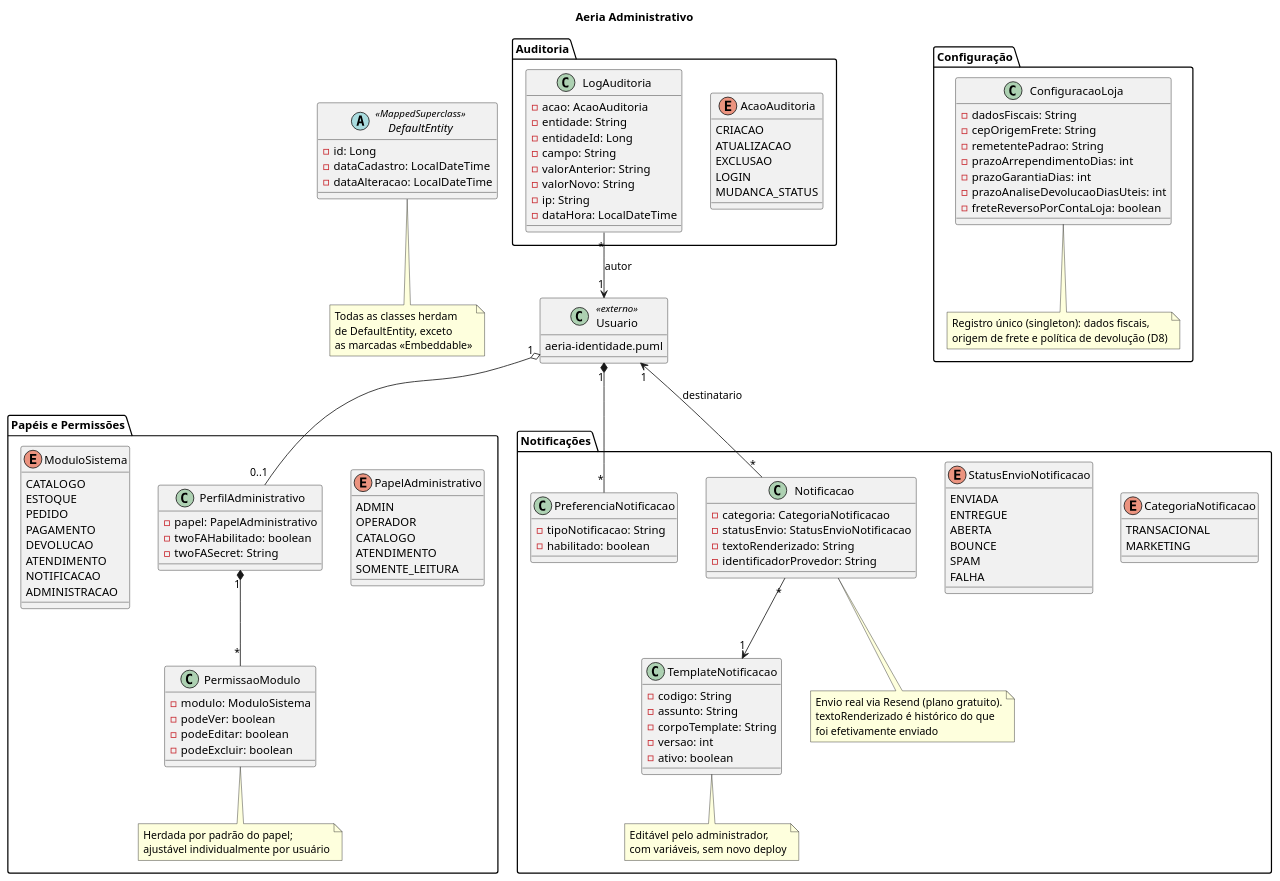
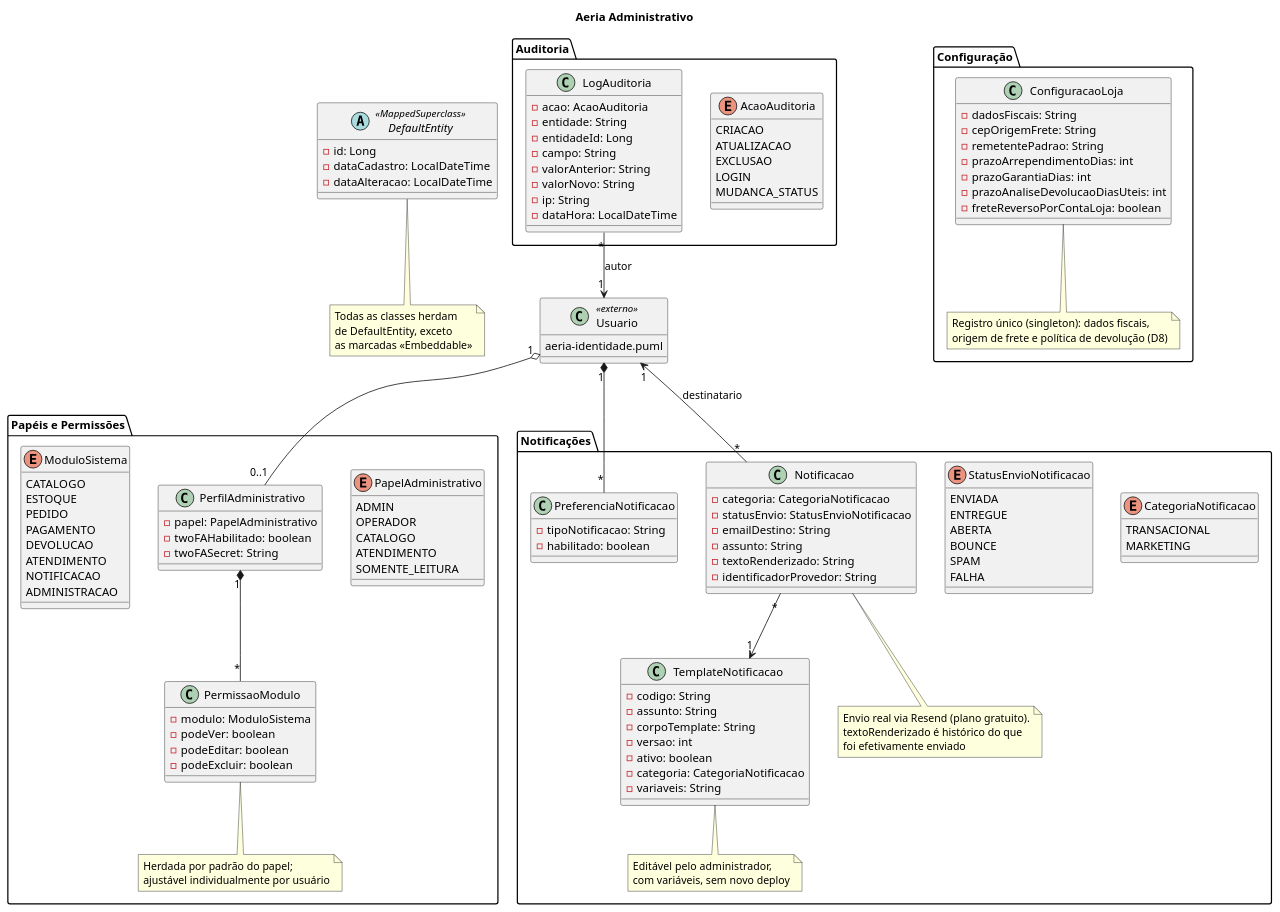
The diagram in docs/diagramas/aeria-administrativo.puml (DaviRSuassuna/Droneshop), drawn with PlantUML before and after one commit. The commit also changed 34 other files, not shown here.

```diff
--- a/docs/diagramas/aeria-administrativo.puml
+++ b/docs/diagramas/aeria-administrativo.puml
@@ -1,150 +1,154 @@
 @startuml aeria-administrativo
 
 title Aeria Administrativo
 
 abstract class DefaultEntity <<MappedSuperclass>> {
   -id: Long
   -dataCadastro: LocalDateTime
   -dataAlteracao: LocalDateTime
 }
 
 note bottom of DefaultEntity
   Todas as classes herdam
   de DefaultEntity, exceto
   as marcadas <<Embeddable>>
 end note
 
 class Usuario <<externo>> {
   aeria-identidade.puml
 }
 
 package "Papéis e Permissões" {
   enum PapelAdministrativo {
     ADMIN
     OPERADOR
     CATALOGO
     ATENDIMENTO
     SOMENTE_LEITURA
   }
 
   class PerfilAdministrativo {
     -papel: PapelAdministrativo
     -twoFAHabilitado: boolean
     -twoFASecret: String
   }
 
   enum ModuloSistema {
     CATALOGO
     ESTOQUE
     PEDIDO
     PAGAMENTO
     DEVOLUCAO
     ATENDIMENTO
     NOTIFICACAO
     ADMINISTRACAO
   }
 
   class PermissaoModulo {
     -modulo: ModuloSistema
     -podeVer: boolean
     -podeEditar: boolean
     -podeExcluir: boolean
   }
   note bottom of PermissaoModulo
     Herdada por padrão do papel;
     ajustável individualmente por usuário
   end note
 }
 
 package "Auditoria" {
   enum AcaoAuditoria {
     CRIACAO
     ATUALIZACAO
     EXCLUSAO
     LOGIN
     MUDANCA_STATUS
   }
 
   class LogAuditoria {
     -acao: AcaoAuditoria
     -entidade: String
     -entidadeId: Long
     -campo: String
     -valorAnterior: String
     -valorNovo: String
     -ip: String
     -dataHora: LocalDateTime
   }
 }
 
 package "Configuração" {
   class ConfiguracaoLoja {
     -dadosFiscais: String
     -cepOrigemFrete: String
     -remetentePadrao: String
     -prazoArrependimentoDias: int
     -prazoGarantiaDias: int
     -prazoAnaliseDevolucaoDiasUteis: int
     -freteReversoPorContaLoja: boolean
   }
   note bottom of ConfiguracaoLoja
     Registro único (singleton): dados fiscais,
     origem de frete e política de devolução (D8)
   end note
 }
 
 package "Notificações" {
   class TemplateNotificacao {
     -codigo: String
     -assunto: String
     -corpoTemplate: String
     -versao: int
     -ativo: boolean
+    -categoria: CategoriaNotificacao
+    -variaveis: String
   }
   note bottom of TemplateNotificacao
     Editável pelo administrador,
     com variáveis, sem novo deploy
   end note
 
   enum CategoriaNotificacao {
     TRANSACIONAL
     MARKETING
   }
 
   enum StatusEnvioNotificacao {
     ENVIADA
     ENTREGUE
     ABERTA
     BOUNCE
     SPAM
     FALHA
   }
 
   class Notificacao {
     -categoria: CategoriaNotificacao
     -statusEnvio: StatusEnvioNotificacao
+    -emailDestino: String
+    -assunto: String
     -textoRenderizado: String
     -identificadorProvedor: String
   }
   note bottom of Notificacao
     Envio real via Resend (plano gratuito).
     textoRenderizado é histórico do que
     foi efetivamente enviado
   end note
 
   class PreferenciaNotificacao {
     -tipoNotificacao: String
     -habilitado: boolean
   }
 }
 
 ' Usuario o-- PerfilAdministrativo também consta em aeria-identidade.puml,
 ' repetida aqui para leitura isolada deste arquivo
 Usuario "1" o-- "0..1" PerfilAdministrativo
 PerfilAdministrativo "1" *-- "*" PermissaoModulo
 LogAuditoria "*" --> "1" Usuario : autor
 Notificacao "*" --> "1" TemplateNotificacao
 Notificacao "*" --> "1" Usuario : destinatario
 Usuario "1" *-- "*" PreferenciaNotificacao
 
 @enduml
```
